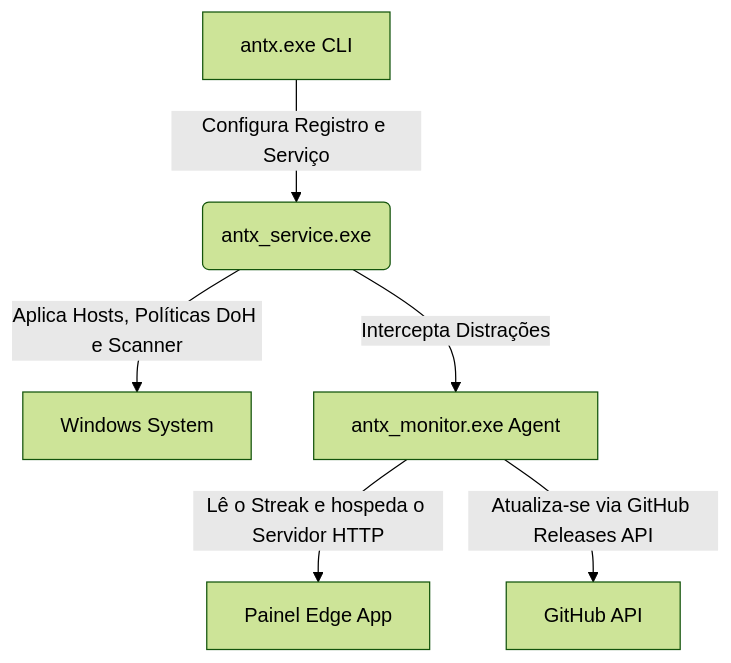
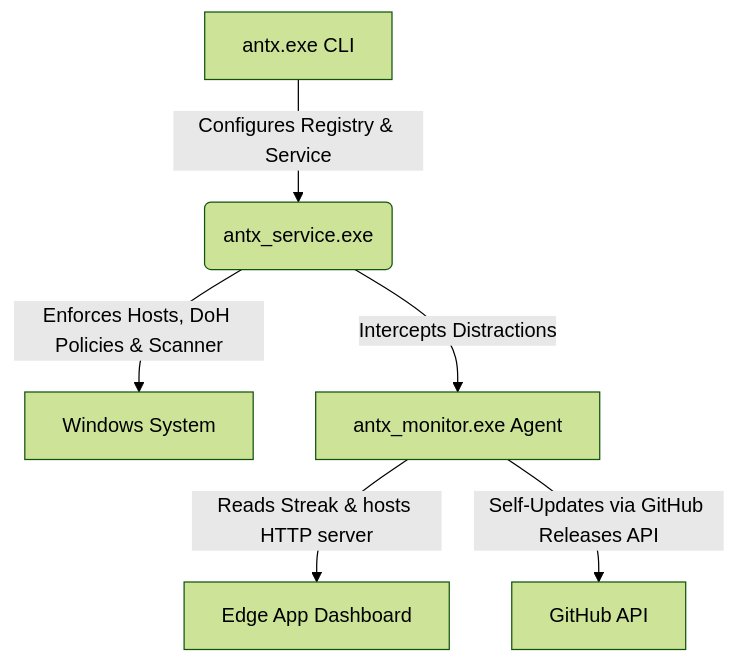
One commit to gabriel-sk1/antx changed the diagram in README.md. Above: the diagram before and after it, drawn with Mermaid (forest theme). The commit also changed other lines of this file and 1 other file, not shown here.

````diff
--- a/README.md
+++ b/README.md
@@ -29,8 +31,8 @@
 ```mermaid
 graph TD
-    A[antx.exe CLI] -->|Configura Registro e Serviço| B(antx_service.exe)
-    B -->|Aplica Hosts, Políticas DoH e Scanner| C[Windows System]
-    D[antx_monitor.exe Agent] -->|Lê o Streak e hospeda o Servidor HTTP| E[Painel Edge App]
-    D -->|Atualiza-se via GitHub Releases API| F[GitHub API]
-    B -->|Intercepta Distrações| D
+    A[antx.exe CLI] -->|Configures Registry & Service| B(antx_service.exe)
+    B -->|Enforces Hosts, DoH Policies & Scanner| C[Windows System]
+    D[antx_monitor.exe Agent] -->|Reads Streak & hosts HTTP server| E[Edge App Dashboard]
+    D -->|Self-Updates via GitHub Releases API| F[GitHub API]
+    B -->|Intercepts Distractions| D
 ```
````
